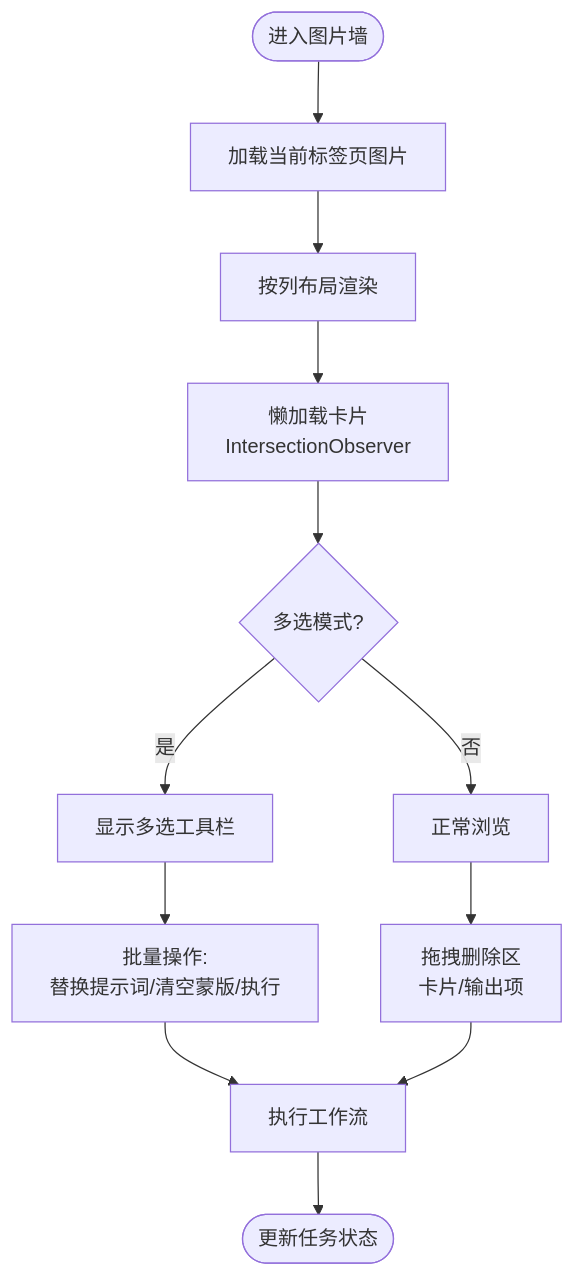
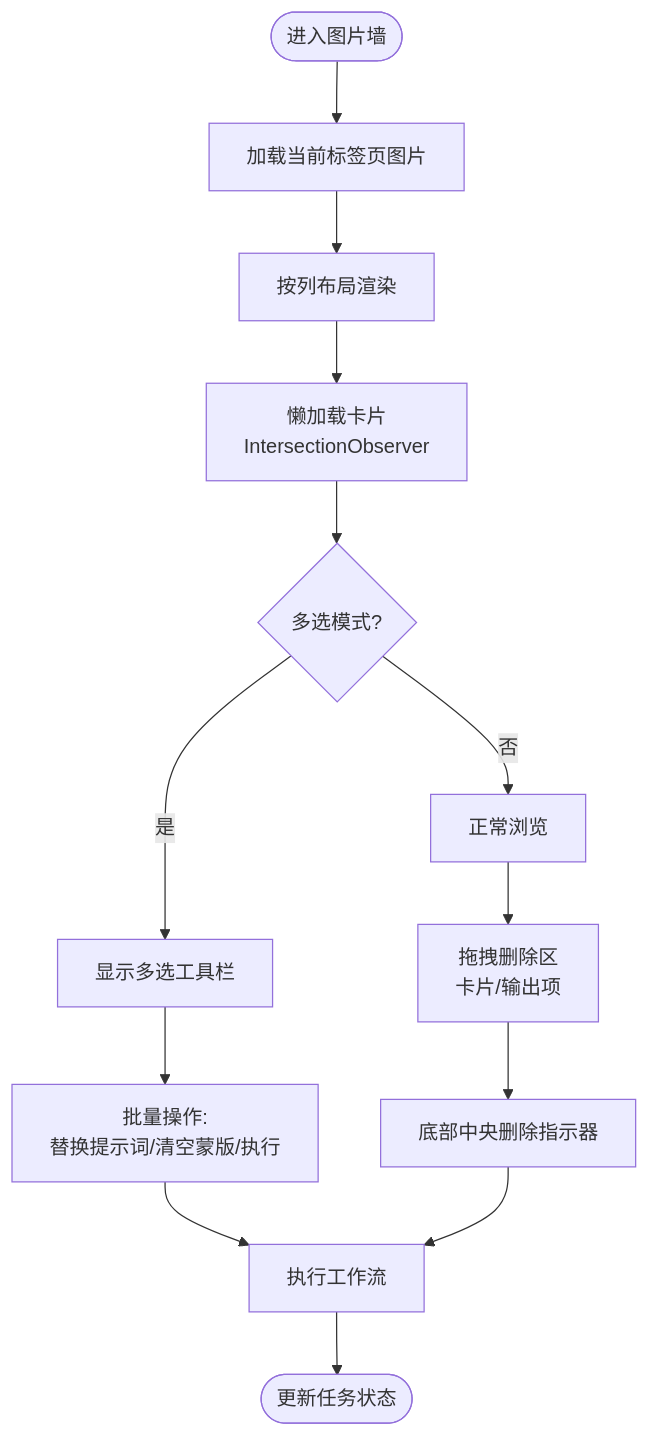
The third of 12 diagrams in .qoder/repowiki/zh/content/用户界面组件/用户界面组件.md (billye220670/CorineKit_Pix2Real), drawn with Mermaid before and after one commit. The commit also changed other lines of this file and 54 other files, not shown here.

First line of the commit message:
feat: 模型下拉菜单元数据管理（缩略图+重命名）及session mask恢复优化

````diff
--- a/.qoder/repowiki/zh/content/用户界面组件/用户界面组件.md
+++ b/.qoder/repowiki/zh/content/用户界面组件/用户界面组件.md
@@ -179,14 +195,15 @@
 ```mermaid
 flowchart TD
 Start(["进入图片墙"]) --> LoadImages["加载当前标签页图片"]
 LoadImages --> RenderColumns["按列布局渲染"]
 RenderColumns --> LazyRender["懒加载卡片<br/>IntersectionObserver"]
 LazyRender --> MultiSelect{"多选模式?"}
 MultiSelect --> |是| Toolbar["显示多选工具栏"]
 MultiSelect --> |否| Normal["正常浏览"]
 Toolbar --> BatchOps["批量操作:<br/>替换提示词/清空蒙版/执行"]
 Normal --> DragDelete["拖拽删除区<br/>卡片/输出项"]
 BatchOps --> ExecWF["执行工作流"]
-DragDelete --> ExecWF
+DragDelete --> DeleteZone["底部中央删除指示器"]
+DeleteZone --> ExecWF
 ExecWF --> End(["更新任务状态"])
 ```
````
